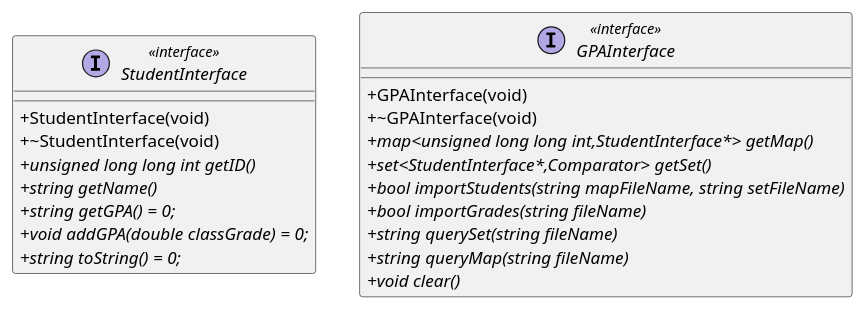
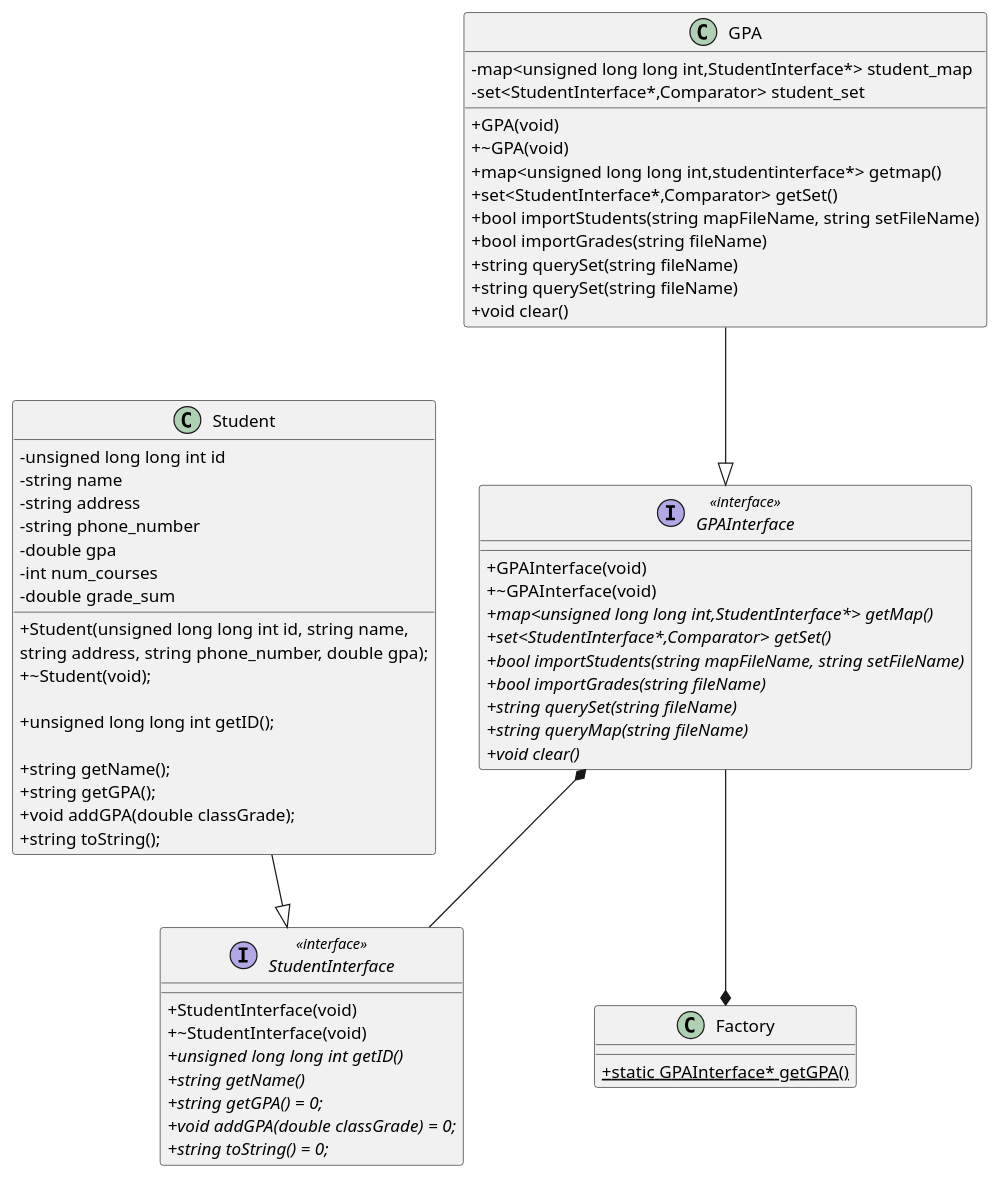
One commit to emdarcher/my_cs_labs changed the diagram in cs235/projects/lab7/lab7.pu. Above: the diagram before and after it, drawn with PlantUML. The commit also changed 2 other files, not shown here.

Commit message:
worked on the UML diagram code

```diff
--- a/cs235/projects/lab7/lab7.pu
+++ b/cs235/projects/lab7/lab7.pu
@@ -1,28 +1,75 @@
 @startuml
 skinparam classAttributeIconSize 0
 
 interface StudentInterface <<interface>> {
     + StudentInterface(void)
     + ~StudentInterface(void)
     + {abstract} unsigned long long int getID()
     + {abstract} string getName()
     + {abstract} string getGPA() = 0;
 	+ {abstract} void addGPA(double classGrade) = 0;
     + {abstract} string toString() = 0;
 
 }
 
 interface GPAInterface <<interface>> {
     + GPAInterface(void)
     + ~GPAInterface(void)
     + {abstract} map<unsigned long long int,StudentInterface*> getMap()
     + {abstract} set<StudentInterface*,Comparator> getSet()
     + {abstract} bool importStudents(string mapFileName, string setFileName)
     + {abstract} bool importGrades(string fileName)
     + {abstract} string querySet(string fileName)
 	+ {abstract} string queryMap(string fileName)
 	+ {abstract} void clear()
 
 }
 
+GPAInterface *-- StudentInterface
+
+GPAInterface --* Factory
+
+class Factory {
+    + {static} static GPAInterface* getGPA()
+}
+
+GPA --|> GPAInterface
+
+class GPA {
+    - map<unsigned long long int,StudentInterface*> student_map
+    - set<StudentInterface*,Comparator> student_set
+    + GPA(void)
+    + ~GPA(void)
+    + map<unsigned long long int,studentinterface*> getmap()
+    + set<StudentInterface*,Comparator> getSet()
+    + bool importStudents(string mapFileName, string setFileName)
+    + bool importGrades(string fileName)
+    + string querySet(string fileName)
+    + string querySet(string fileName)
+    + void clear()
+} 
+
+Student --|> StudentInterface
+
+class Student {
+    
+    - unsigned long long int id
+    - string name
+    - string address
+    - string phone_number
+    - double gpa
+    - int num_courses
+    - double grade_sum
+    + Student(unsigned long long int id, string name,
+                 string address, string phone_number, double gpa);
+    + ~Student(void);
+
+	+ unsigned long long int getID();
+
+	+ string getName();
+	+ string getGPA();
+	+ void addGPA(double classGrade);
+	+ string toString();
+}
+
 @enduml
```
